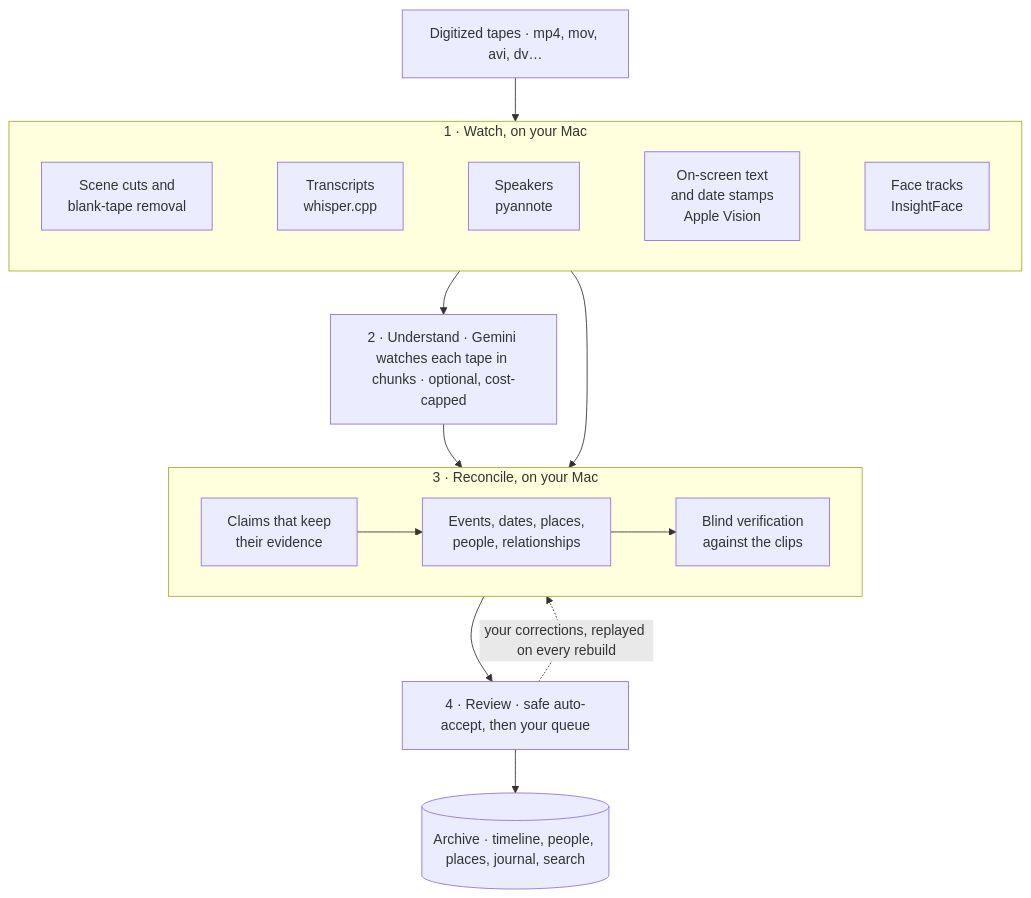
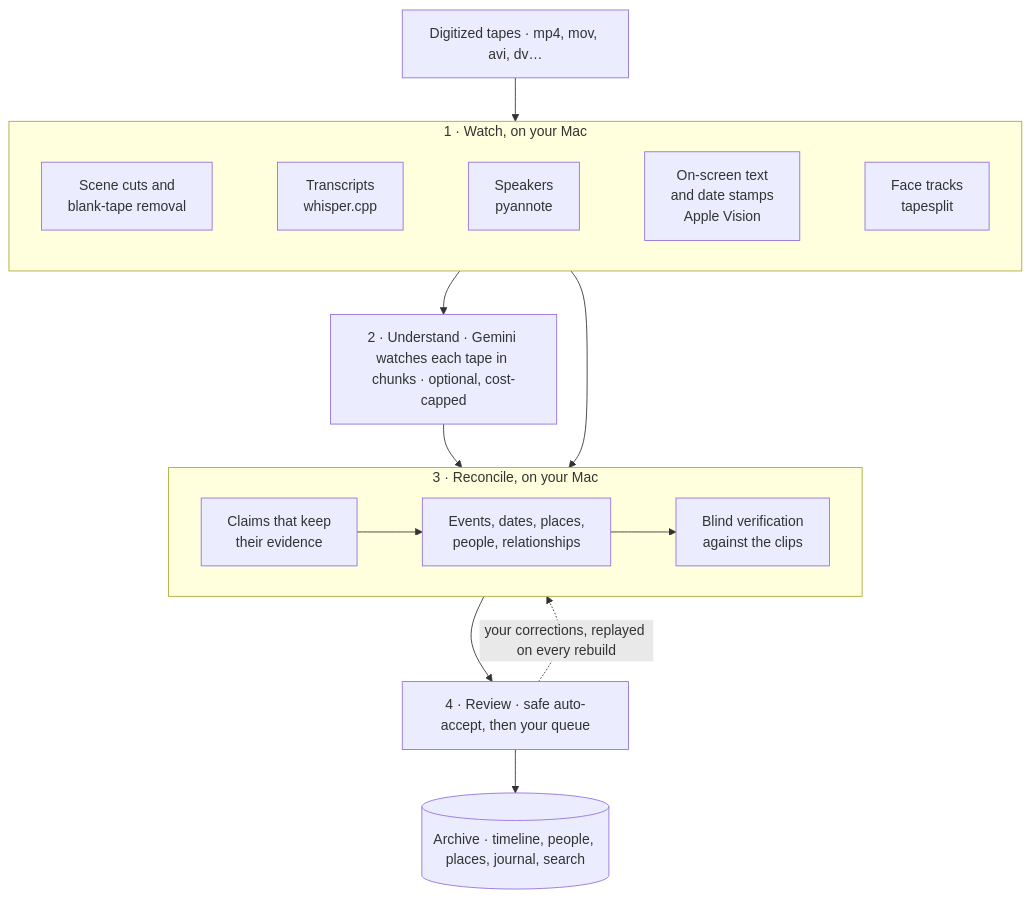
One commit to bindeman/tapesplit changed the diagram in README.md. Above: the diagram before and after it, drawn with Mermaid. The commit also changed other lines of this file and 43 other files, not shown here.

````diff
--- a/README.md
+++ b/README.md
@@ -162,18 +162,18 @@
 ```mermaid
 flowchart TB
   tapes["Digitized tapes · mp4, mov, avi, dv…"]
   subgraph watch["1 · Watch, on your Mac"]
     direction LR
-    w1["Scene cuts and<br/>blank-tape removal"] ~~~ w2["Transcripts<br/>whisper.cpp"] ~~~ w3["Speakers<br/>pyannote"] ~~~ w4["On-screen text<br/>and date stamps<br/>Apple Vision"] ~~~ w5["Face tracks<br/>InsightFace"]
+    w1["Scene cuts and<br/>blank-tape removal"] ~~~ w2["Transcripts<br/>whisper.cpp"] ~~~ w3["Speakers<br/>pyannote"] ~~~ w4["On-screen text<br/>and date stamps<br/>Apple Vision"] ~~~ w5["Face tracks<br/>tapesplit"]
   end
   understand["2 · Understand · Gemini watches each tape in chunks · optional, cost-capped"]
   subgraph reconcile["3 · Reconcile, on your Mac"]
     direction LR
     r1["Claims that keep<br/>their evidence"] --> r2["Events, dates, places,<br/>people, relationships"] --> r3["Blind verification<br/>against the clips"]
   end
   review["4 · Review · safe auto-accept, then your queue"]
   archive[("Archive · timeline, people, places, journal, search")]
   tapes --> watch --> understand --> reconcile --> review --> archive
   watch --> reconcile
   review -. "your corrections, replayed on every rebuild" .-> reconcile
 ```
````
